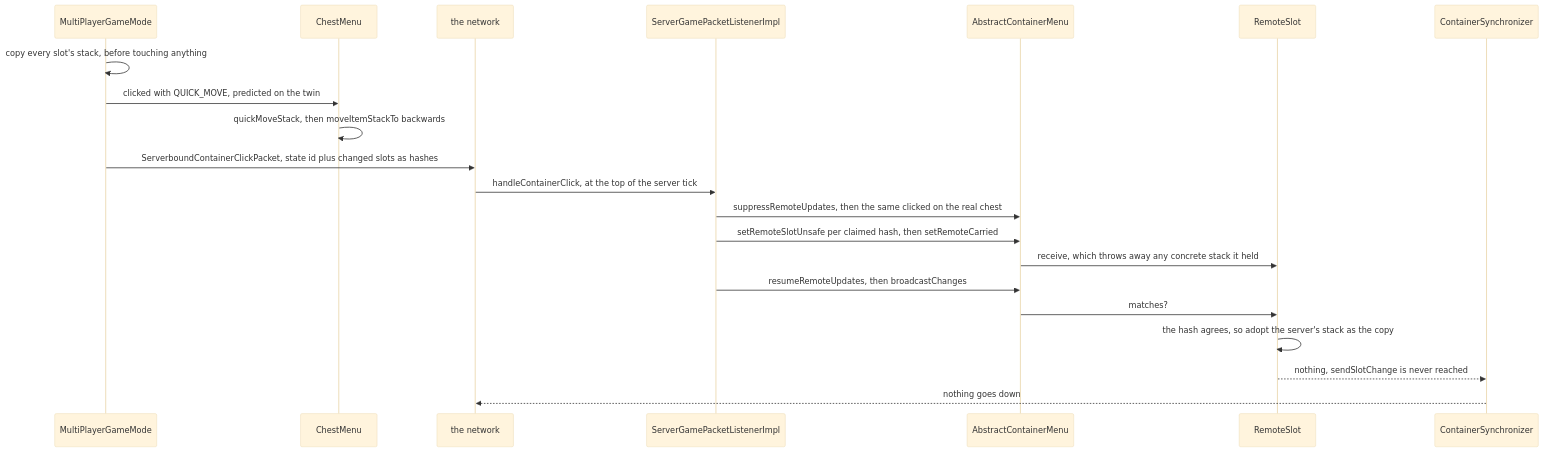
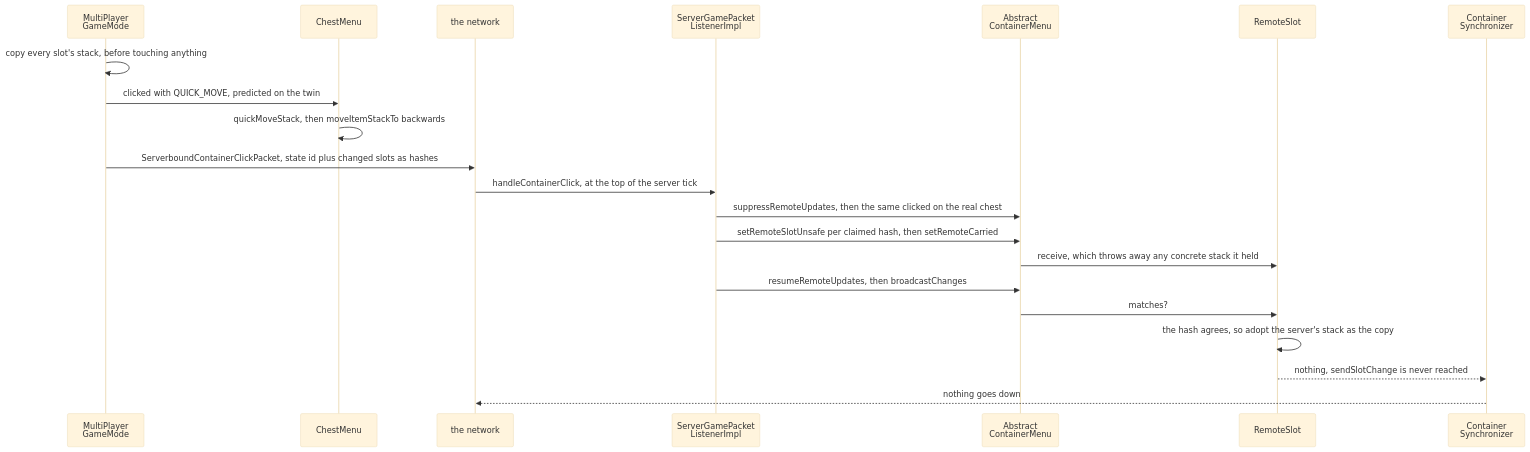
One commit to AlexanderjFraser/MinecraftDocs changed the first of 2 diagrams in src/systems/items/containers-and-menus.md. Above: the diagram before and after it, drawn with Mermaid (base theme). The commit also changed 68 other files, not shown here.

````diff
--- a/src/systems/items/containers-and-menus.md
+++ b/src/systems/items/containers-and-menus.md
@@ -125,24 +125,24 @@
 ```mermaid
 sequenceDiagram
-    participant MPGM as MultiPlayerGameMode
+    participant MPGM as MultiPlayer<br/>GameMode
     participant ChestM as ChestMenu
     participant Wire as the network
-    participant SGPL as ServerGamePacketListenerImpl
-    participant ACM as AbstractContainerMenu
+    participant SGPL as ServerGamePacket<br/>ListenerImpl
+    participant ACM as Abstract<br/>ContainerMenu
     participant RemS as RemoteSlot
-    participant CSync as ContainerSynchronizer
+    participant CSync as Container<br/>Synchronizer
 
     MPGM->>MPGM: copy every slot's stack, before touching anything
     MPGM->>ChestM: clicked with QUICK_MOVE, predicted on the twin
     ChestM->>ChestM: quickMoveStack, then moveItemStackTo backwards
     MPGM->>Wire: ServerboundContainerClickPacket, state id plus changed slots as hashes
     Wire->>SGPL: handleContainerClick, at the top of the server tick
     SGPL->>ACM: suppressRemoteUpdates, then the same clicked on the real chest
     SGPL->>ACM: setRemoteSlotUnsafe per claimed hash, then setRemoteCarried
     ACM->>RemS: receive, which throws away any concrete stack it held
     SGPL->>ACM: resumeRemoteUpdates, then broadcastChanges
     ACM->>RemS: matches?
     RemS->>RemS: the hash agrees, so adopt the server's stack as the copy
     RemS-->>CSync: nothing, sendSlotChange is never reached
     CSync-->>Wire: nothing goes down
 ```
````
